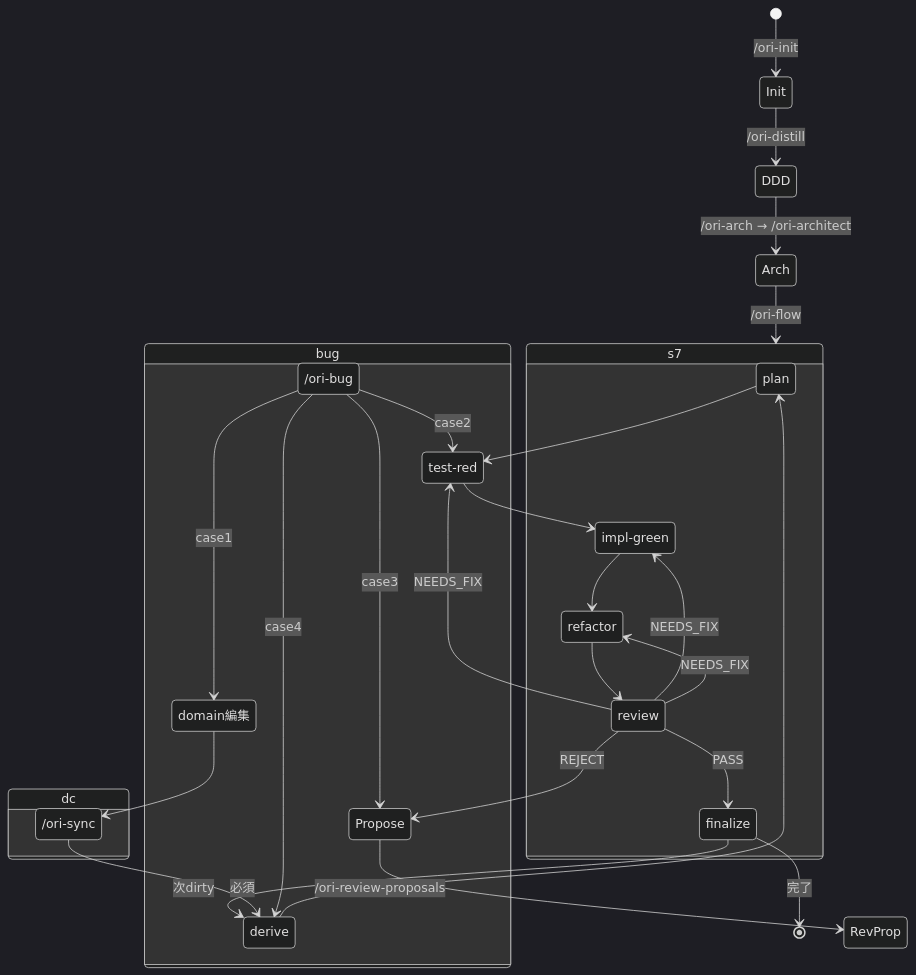
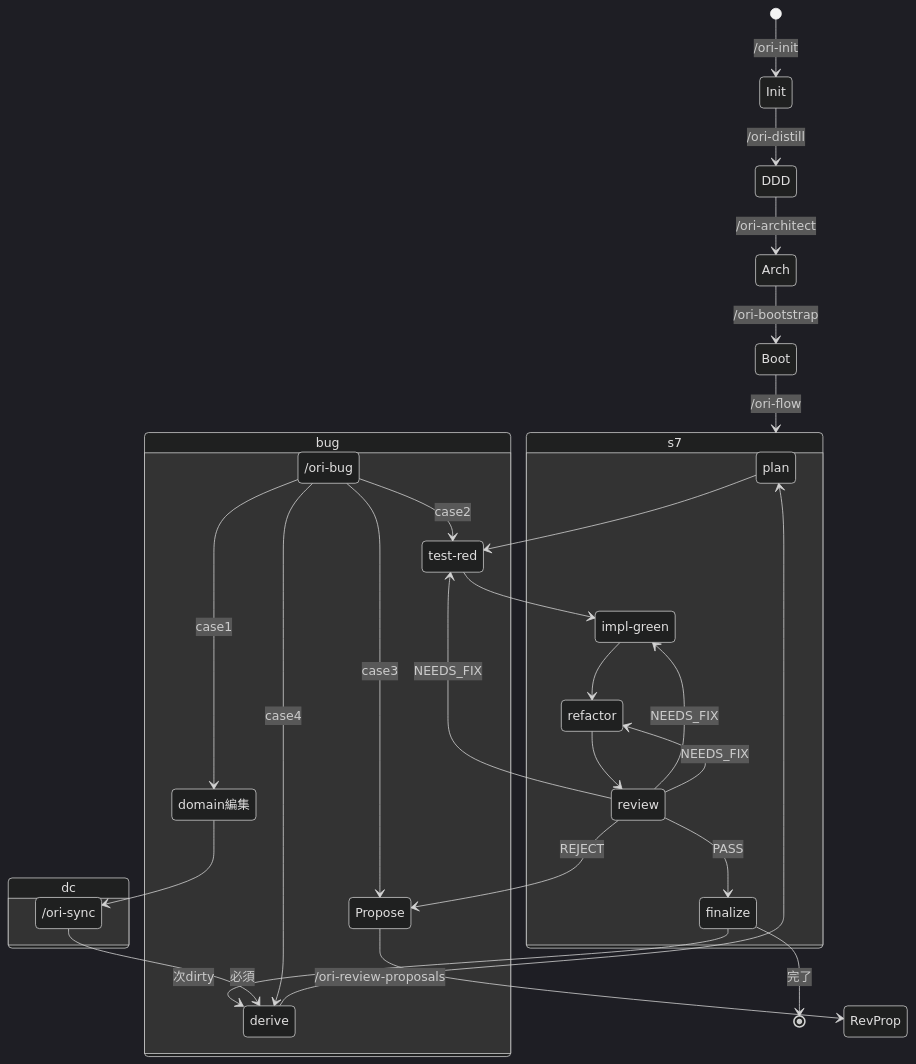
One commit to dev-komenzar/ori changed the diagram in AGENTS.md. Above: the diagram before and after it, drawn with Mermaid (dark theme). The commit also changed other lines of this file and 171 other files, not shown here.

First line of the commit message:
フロー刷新: /ori-arch を /ori-architect に統合し /ori-bootstrap を新設 (ori-63f) (#106)

````diff
--- a/AGENTS.md
+++ b/AGENTS.md
@@ -226,49 +226,49 @@
 ```mermaid
 stateDiagram-v2
     [*] --> Init: /ori-init
     Init --> DDD: /ori-distill
-    DDD --> Arch: /ori-arch → /ori-architect
-
-    Arch --> s7: /ori-flow <id>
+    DDD --> Arch: /ori-architect
+    Arch --> Boot: /ori-bootstrap
+    Boot --> s7: /ori-flow <id>
 
     state s7 {
         Derive: derive
         Plan: plan
         TR: test-red
         IG: impl-green
         Refactor: refactor
         Review: review
         Finalize: finalize
 
         Derive --> Plan
         Plan --> TR
         TR --> IG
         IG --> Refactor
         Refactor --> Review
         Review --> Finalize: PASS
         Review --> TR: NEEDS_FIX
         Review --> IG: NEEDS_FIX
         Review --> Refactor: NEEDS_FIX
         Review --> Propose: REJECT
     }
 
     Finalize --> Derive: 次dirty
     Finalize --> [*]: 完了
 
     state dc {
         DomEdit: domain編集
         Sync: /ori-sync
         DomEdit --> Sync
         Sync --> Derive: 必須
     }
 
     state bug {
         Triage: /ori-bug
         Triage --> DomEdit: case1
         Triage --> TR: case2
         Triage --> Propose: case3
         Triage --> Derive: case4
     }
 
     Propose --> RevProp: /ori-review-proposals
 ```
````
